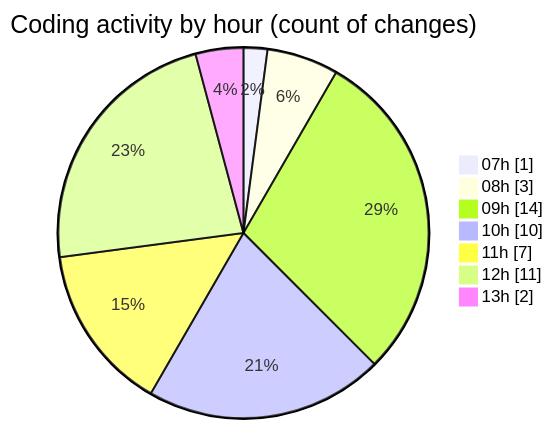
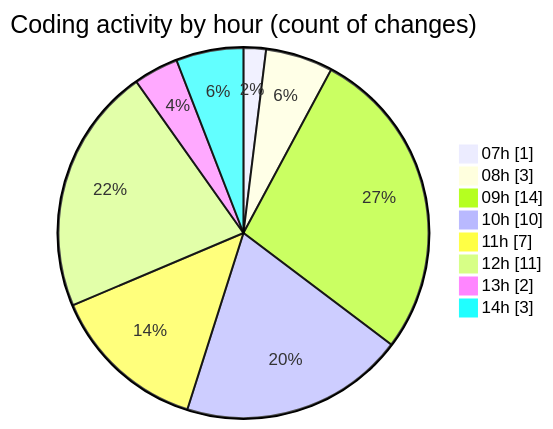
The second of 2 diagrams in 2026-02-02/singularitybrainai/README.md (tmsrecording-cyber/code-tracking), drawn with Mermaid before and after one commit. The commit also changed other lines of this file and 1 other file, not shown here.

````diff
--- a/2026-02-02/singularitybrainai/README.md
+++ b/2026-02-02/singularitybrainai/README.md
@@ -40,11 +40,12 @@
 ```mermaid
 pie showData
 title Coding activity by hour (count of changes)
 "07h" : 1
 "08h" : 3
 "09h" : 14
 "10h" : 10
 "11h" : 7
 "12h" : 11
 "13h" : 2
+"14h" : 3
 ```
````
